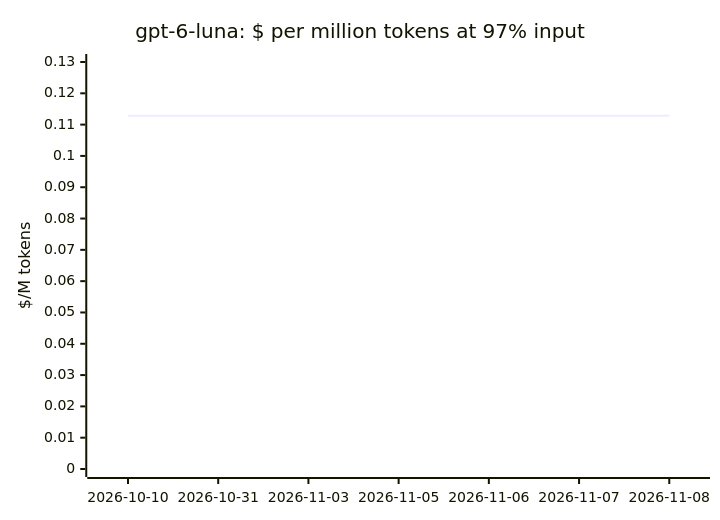
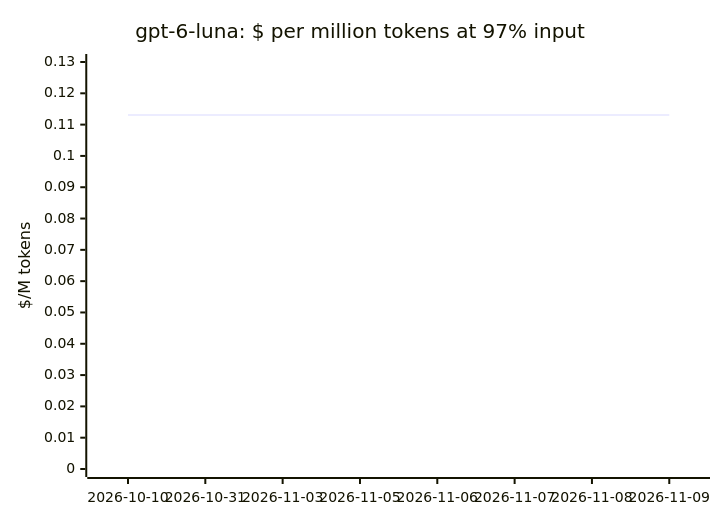
One commit to cklukas/OMEGA_TRANSFORM changed diagram 12 of 20 in docs/openrouter-models.md. Above: the diagram before and after it, drawn with Mermaid. The commit also changed other lines of this file and 47 other files, not shown here.

````diff
--- a/docs/openrouter-models.md
+++ b/docs/openrouter-models.md
@@ -242,7 +242,7 @@
 ```mermaid
 xychart-beta
     title "gpt-6-luna: $ per million tokens at 97% input"
-    x-axis ["2026-10-10", "2026-10-31", "2026-11-03", "2026-11-05", "2026-11-06", "2026-11-07", "2026-11-08"]
+    x-axis ["2026-10-10", "2026-10-31", "2026-11-03", "2026-11-05", "2026-11-06", "2026-11-07", "2026-11-08", "2026-11-09"]
     y-axis "$/M tokens" 0 --> 0.13
-    line [0.1128, 0.1128, 0.1128, 0.1128, 0.1128, 0.1128, 0.1128]
+    line [0.1131, 0.1131, 0.1131, 0.1131, 0.1131, 0.1131, 0.1131, 0.1131]
 ```
````
